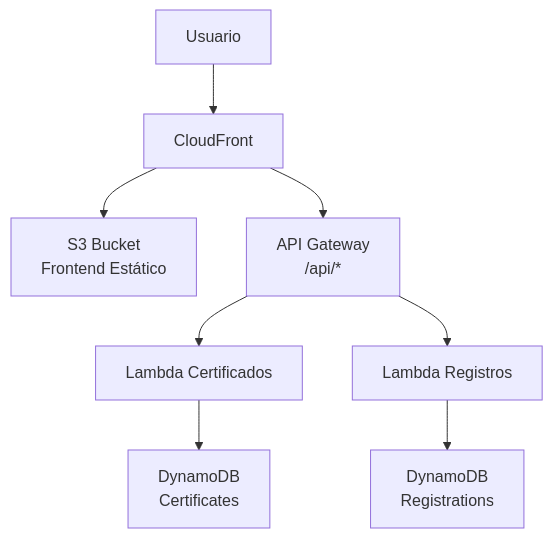
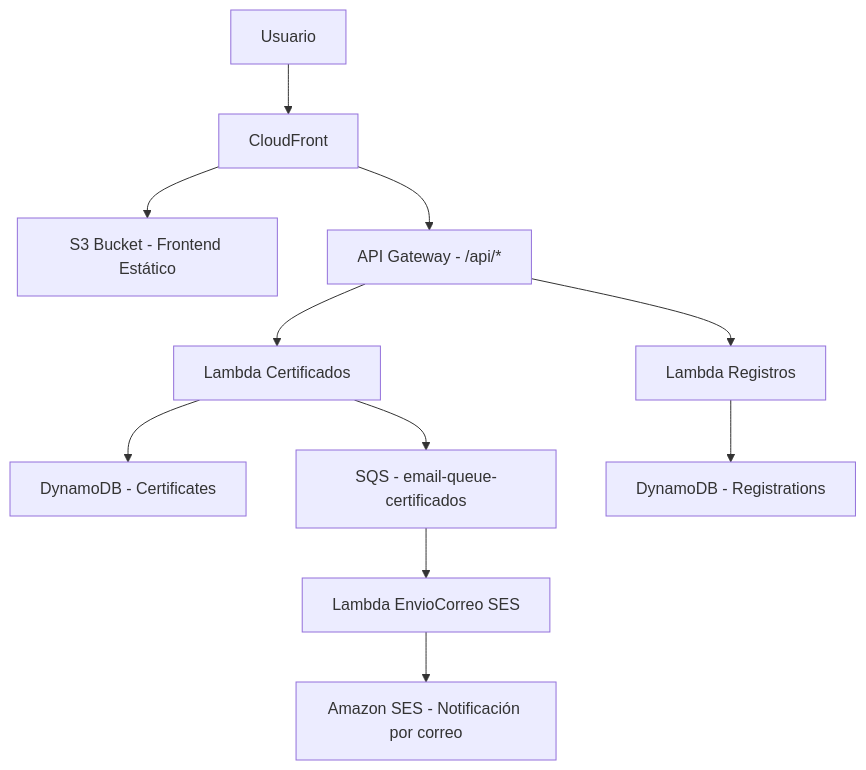
One commit to Emerson-Lezama/Proyecto_IAC changed the diagram in README.MD. Above: the diagram before and after it, drawn with Mermaid. The commit also changed other lines of this file and 6 other files, not shown here.

````diff
--- a/README.MD
+++ b/README.MD
@@ -63,10 +92,13 @@
 ```mermaid
 graph TD  
     A[Usuario] --> B[CloudFront]  
-    B --> C[S3 Bucket \n Frontend Estático]  
-    B --> D[API Gateway \n /api/*]  
+    B --> C[S3 Bucket - Frontend Estático]  
+    B --> D[API Gateway - /api/*]  
     D --> E[Lambda Certificados]  
     D --> F[Lambda Registros]  
-    E --> G[DynamoDB \n Certificates]  
-    F --> H[DynamoDB \n Registrations]  
+    E --> G[DynamoDB - Certificates]  
+    F --> H[DynamoDB - Registrations]  
+    E --> I[SQS - email-queue-certificados]  
+    I --> J[Lambda EnvioCorreo SES]  
+    J --> K[Amazon SES - Notificación por correo]
 ```
````
